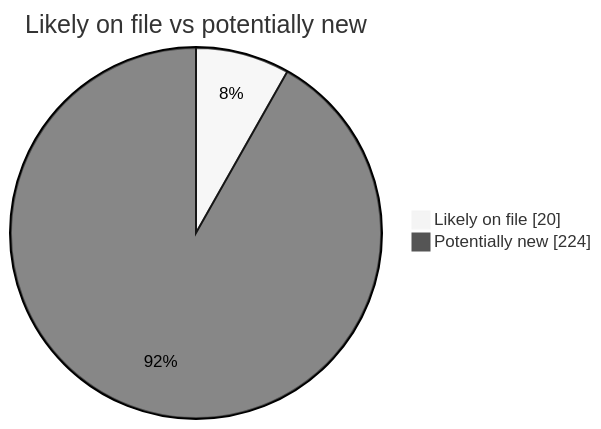
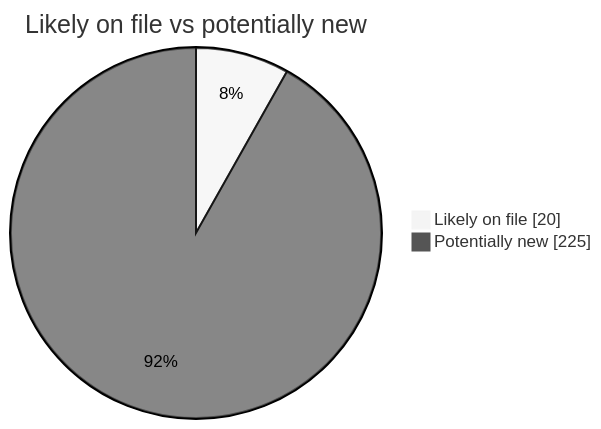
Before and after one commit to martinbalfanz/social-scanner-reports: the second of 4 diagrams in README.md, drawn with Mermaid (neutral theme). The commit also changed other lines of this file and 2 other files, not shown here.

````diff
--- a/README.md
+++ b/README.md
@@ -40,5 +40,5 @@
 ```mermaid
 pie showData title Likely on file vs potentially new
     "Likely on file" : 20
-    "Potentially new" : 224
+    "Potentially new" : 225
 ```
````
